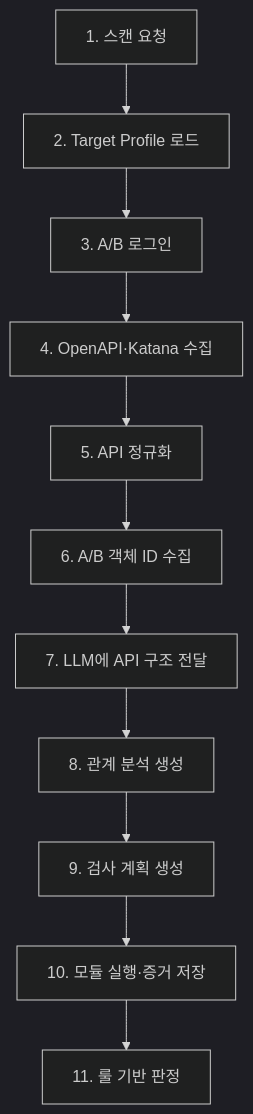
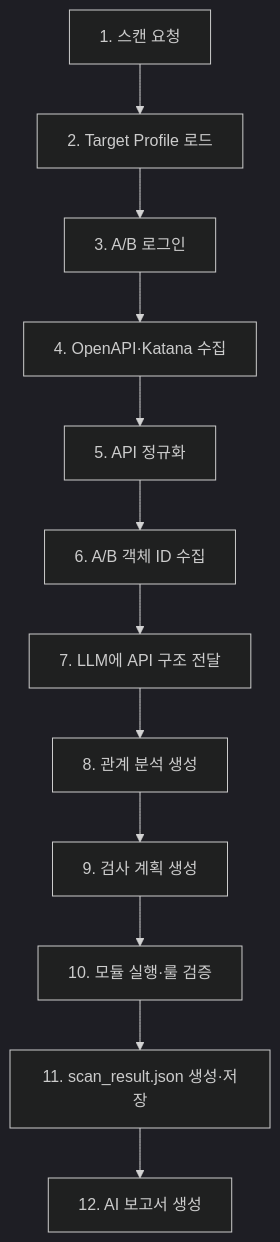
Before and after one commit to h-gunp/api-vuln-scanner: the diagram in docs/스캐너 명세서.md, drawn with Mermaid (dark theme). The commit also changed other lines of this file, not shown here.

````diff
--- a/docs/스캐너 명세서.md
+++ b/docs/스캐너 명세서.md
@@ -11,13 +13,14 @@
 ```mermaid
 flowchart TD
     A[1. 스캔 요청] --> B[2. Target Profile 로드]
     B --> C[3. A/B 로그인]
     C --> D[4. OpenAPI·Katana 수집]
     D --> E[5. API 정규화]
     E --> F[6. A/B 객체 ID 수집]
     F --> G[7. LLM에 API 구조 전달]
     G --> H[8. 관계 분석 생성]
     H --> I[9. 검사 계획 생성]
-    I --> J[10. 모듈 실행·증거 저장]
-    J --> K[11. 룰 기반 판정]
+    I --> J[10. 모듈 실행·룰 검증]
+    J --> K[11. scan_result.json 생성·저장]
+    K --> L[12. AI 보고서 생성]
 ```
````
